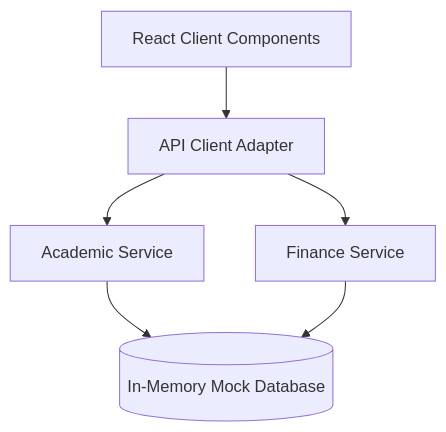
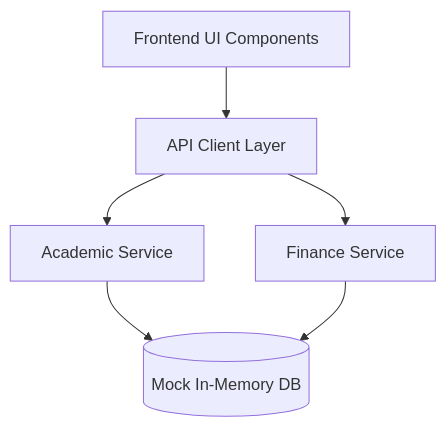
Before and after one commit to Rahul-singh13/imsec-college-erp-portal: the diagram in PRESENTATION.md, drawn with Mermaid. The commit also changed other lines of this file and 1 other file, not shown here.

````diff
--- a/PRESENTATION.md
+++ b/PRESENTATION.md
@@ -33,8 +39,8 @@
 ```mermaid
 flowchart TD
-    A[React Client Components] --> B[API Client Adapter]
-    B --> C[Academic Service]
-    B --> D[Finance Service]
-    C --> E[(In-Memory Mock Database)]
-    D --> E
+    Client[Frontend UI Components] --> Adapter[API Client Layer]
+    Adapter --> Academic[Academic Service]
+    Adapter --> Finance[Finance Service]
+    Academic --> DB[(Mock In-Memory DB)]
+    Finance --> DB
 ```
````
